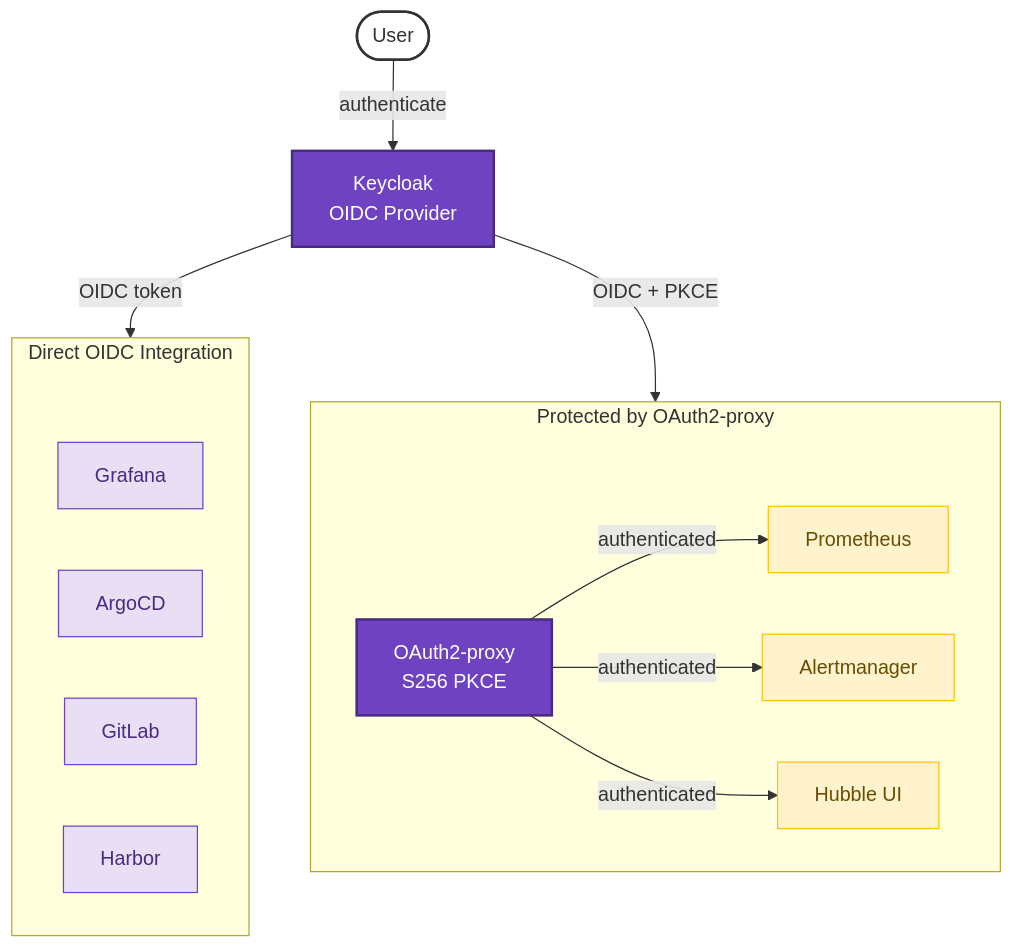
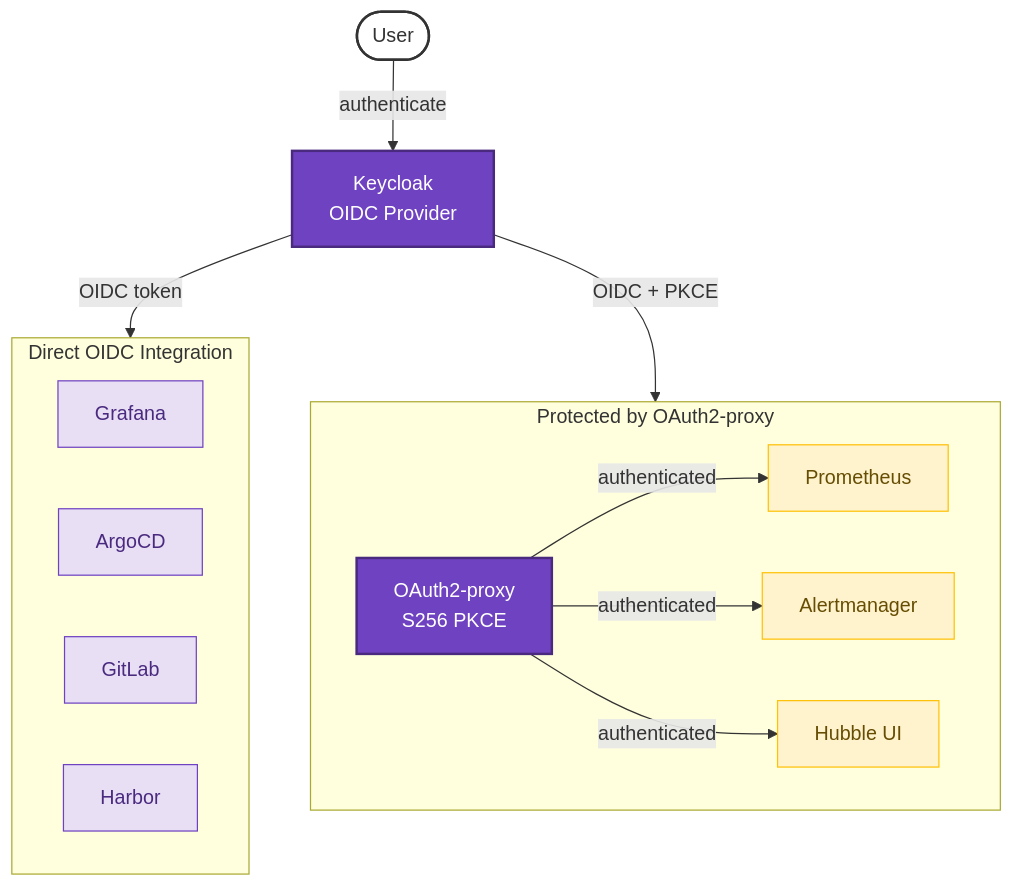
Before and after one commit to derhornspieler/harvester-rke2-svcs: the fourth of 9 diagrams in docs/architecture/landscape.md, drawn with Mermaid. The commit also changed other lines of this file, not shown here.

Commit message:
fix: limit Mermaid spacer nodes to Where Data Lives diagram only

````diff
--- a/docs/architecture/landscape.md
+++ b/docs/architecture/landscape.md
@@ -140,42 +133,39 @@
 ```mermaid
 graph TD
     User(["User"])
     KC["Keycloak<br/>OIDC Provider"]
 
     User -- "authenticate" --> KC
 
     subgraph direct["Direct OIDC Integration"]
         direction LR
-        d_pad[ ]:::hidden
         Grafana["Grafana"]
         ArgoCD["ArgoCD"]
         GitLab["GitLab"]
         Harbor["Harbor"]
     end
 
     subgraph proxy["Protected by OAuth2-proxy"]
         direction LR
-        p_pad[ ]:::hidden
         OAuth["OAuth2-proxy<br/>S256 PKCE"]
         Prom["Prometheus"]
         Alert["Alertmanager"]
         HubbleUI["Hubble UI"]
     end
 
     KC -- "OIDC token" --> direct
     KC -- "OIDC + PKCE" --> OAuth
     OAuth -- "authenticated" --> Prom
     OAuth -- "authenticated" --> Alert
     OAuth -- "authenticated" --> HubbleUI
 
     classDef user fill:#fff,color:#333,stroke:#333,stroke-width:2px
     classDef identity fill:#6f42c1,color:#fff,stroke:#4a2a7f,stroke-width:2px
     classDef app fill:#e8dff5,color:#4a2a7f,stroke:#6f42c1,stroke-width:1px
     classDef protected fill:#fff3cd,color:#664d03,stroke:#ffc107,stroke-width:1px
 
     class User user
     class KC,OAuth identity
     class Grafana,ArgoCD,GitLab,Harbor app
     class Prom,Alert,HubbleUI protected
-    classDef hidden display:none
 ```
````
